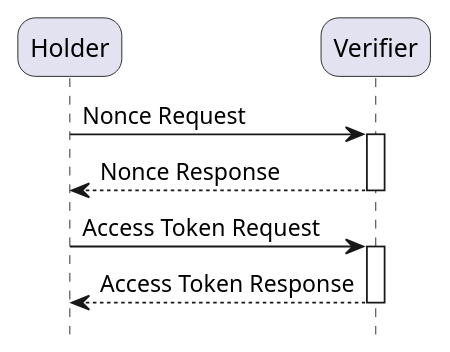
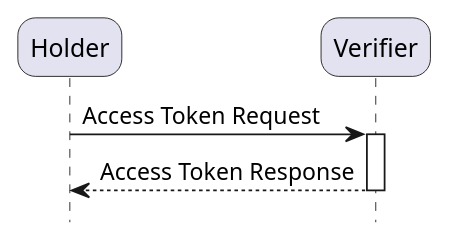
Before and after one commit to nuts-foundation/nl-generic-functions-ig: the diagram in input/images-source/gfi-004.plantuml, drawn with PlantUML. The commit also changed 1 other file, not shown here.

Commit message:
Remove the nonce from GFI-004
nonce is not needed for PoP assertion and the endpoint non-standard

```diff
--- a/input/images-source/gfi-004.plantuml
+++ b/input/images-source/gfi-004.plantuml
@@ -1,19 +1,16 @@
 @startuml GFI-004
 
 skinparam roundcorner 20
 skinparam defaultFontName Arial 
 hide footbox
 autoactivate on
 
 !pragma teoz true
 
 participant  holder as "Holder"
 participant  verifier as "Verifier"
 
-holder -> verifier: Nonce Request
-verifier --> holder: Nonce Response
-
 holder -> verifier: Access Token Request
 verifier --> holder: Access Token Response
 
 @enduml
```
